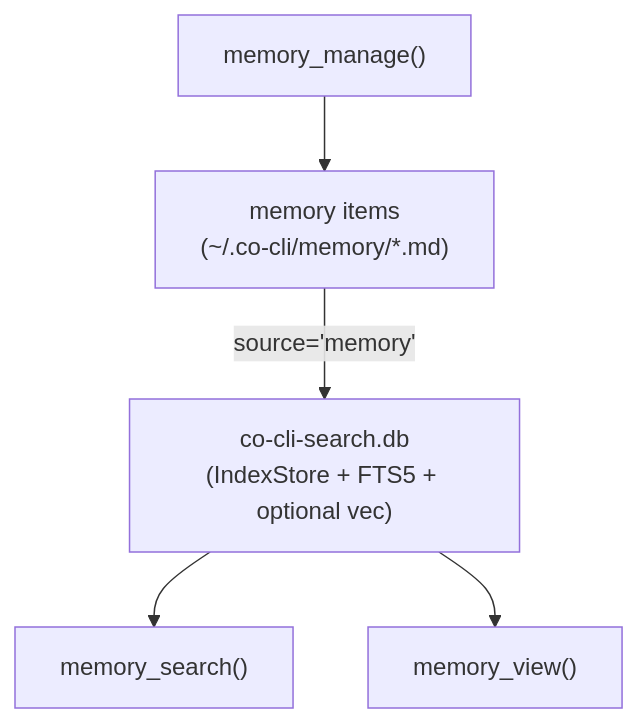
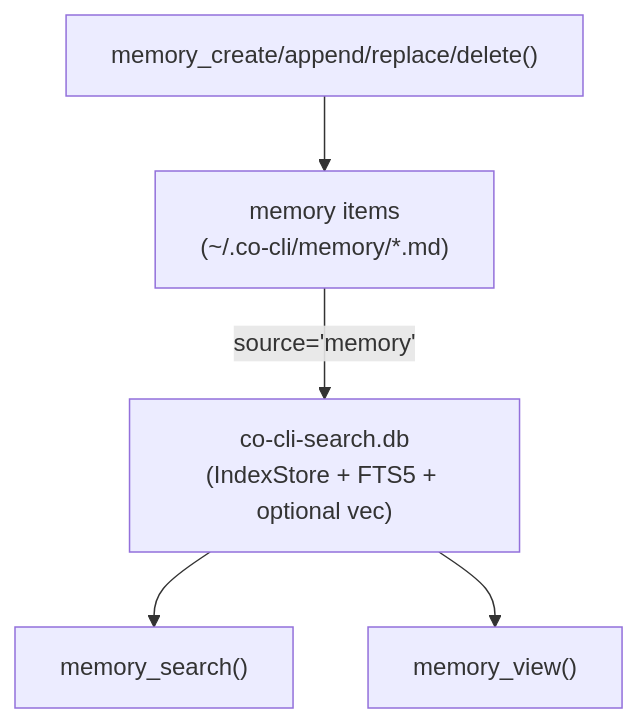
The diagram in docs/specs/memory.md (binlecode/co-cli), drawn with Mermaid before and after one commit. The commit also changed other lines of this file and 41 other files, not shown here.

````diff
--- a/docs/specs/memory.md
+++ b/docs/specs/memory.md
@@ -19,7 +19,7 @@
 ```mermaid
 flowchart TD
     MemoryFiles["memory items\n(~/.co-cli/memory/*.md)"] -->|"source='memory'"| IndexDB["co-cli-search.db\n(IndexStore + FTS5 + optional vec)"]
     IndexDB --> MemSearch["memory_search()"]
     IndexDB --> MemView["memory_view()"]
-    MemManage["memory_manage()"] --> MemoryFiles
+    MemManage["memory_create/append/replace/delete()"] --> MemoryFiles
 ```
````
